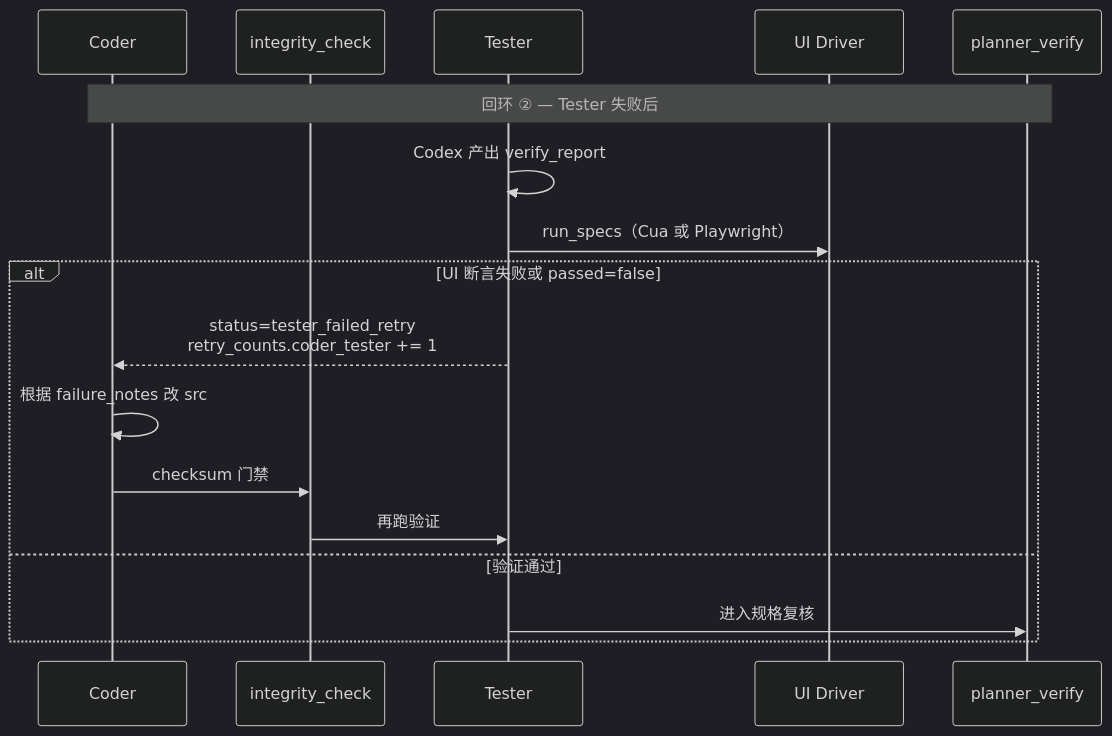
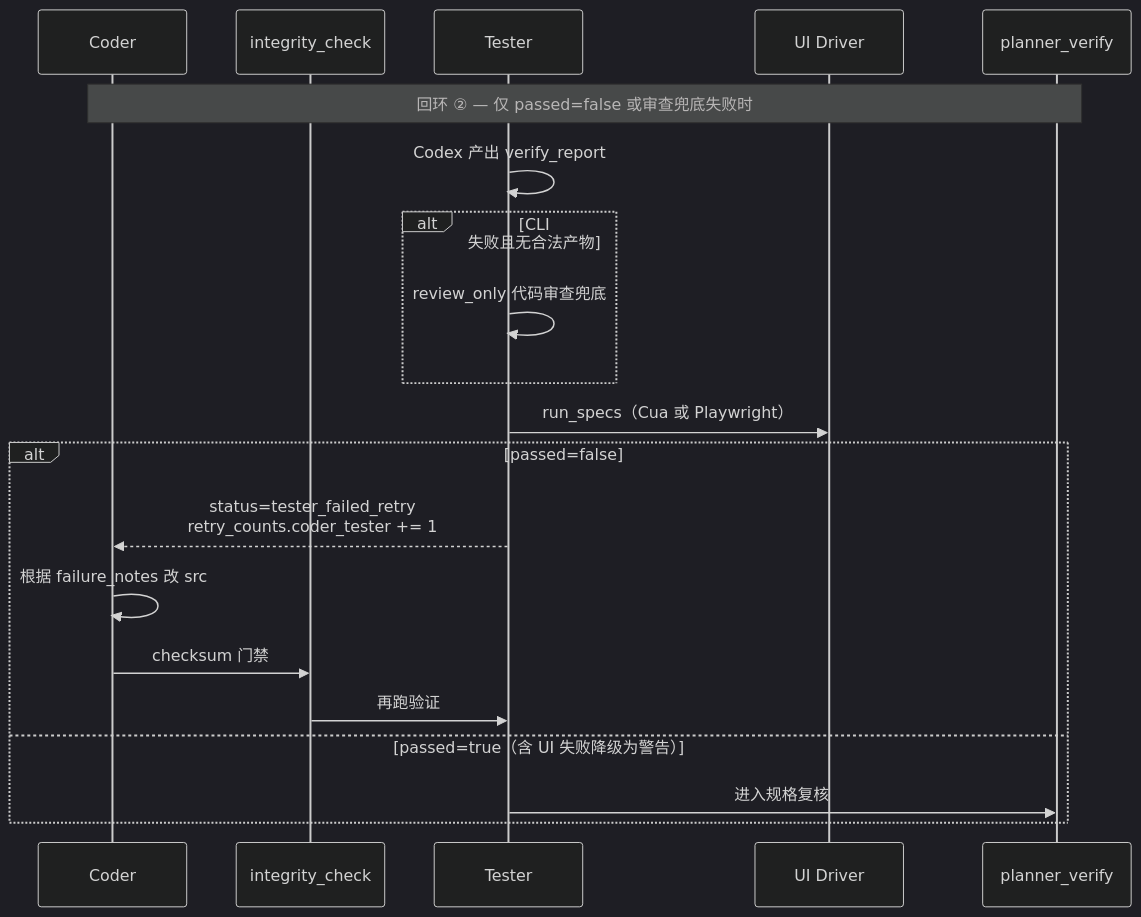
One commit to ai-poet/spec-forge changed the third of 4 diagrams in README.md. Above: the diagram before and after it, drawn with Mermaid (dark theme). The commit also changed other lines of this file, not shown here.

First line of the commit message:
feat: refine tester and UI driver documentation for non-blocking failures

````diff
--- a/README.md
+++ b/README.md
@@ -197,20 +207,23 @@
 ```mermaid
 sequenceDiagram
   participant Coder
   participant Integrity as integrity_check
   participant Tester
   participant UI as UI Driver
   participant Verify as planner_verify
 
-  Note over Coder,Verify: 回环 ② — Tester 失败后
+  Note over Coder,Verify: 回环 ② — 仅 passed=false 或审查兜底失败时
   Tester->>Tester: Codex 产出 verify_report
+  alt CLI 失败且无合法产物
+    Tester->>Tester: review_only 代码审查兜底
+  end
   Tester->>UI: run_specs（Cua 或 Playwright）
-  alt UI 断言失败或 passed=false
+  alt passed=false
     Tester-->>Coder: status=tester_failed_retry<br/>retry_counts.coder_tester += 1
     Coder->>Coder: 根据 failure_notes 改 src
     Coder->>Integrity: checksum 门禁
     Integrity->>Tester: 再跑验证
-  else 验证通过
+  else passed=true（含 UI 失败降级为警告）
     Tester->>Verify: 进入规格复核
   end
 ```
````
